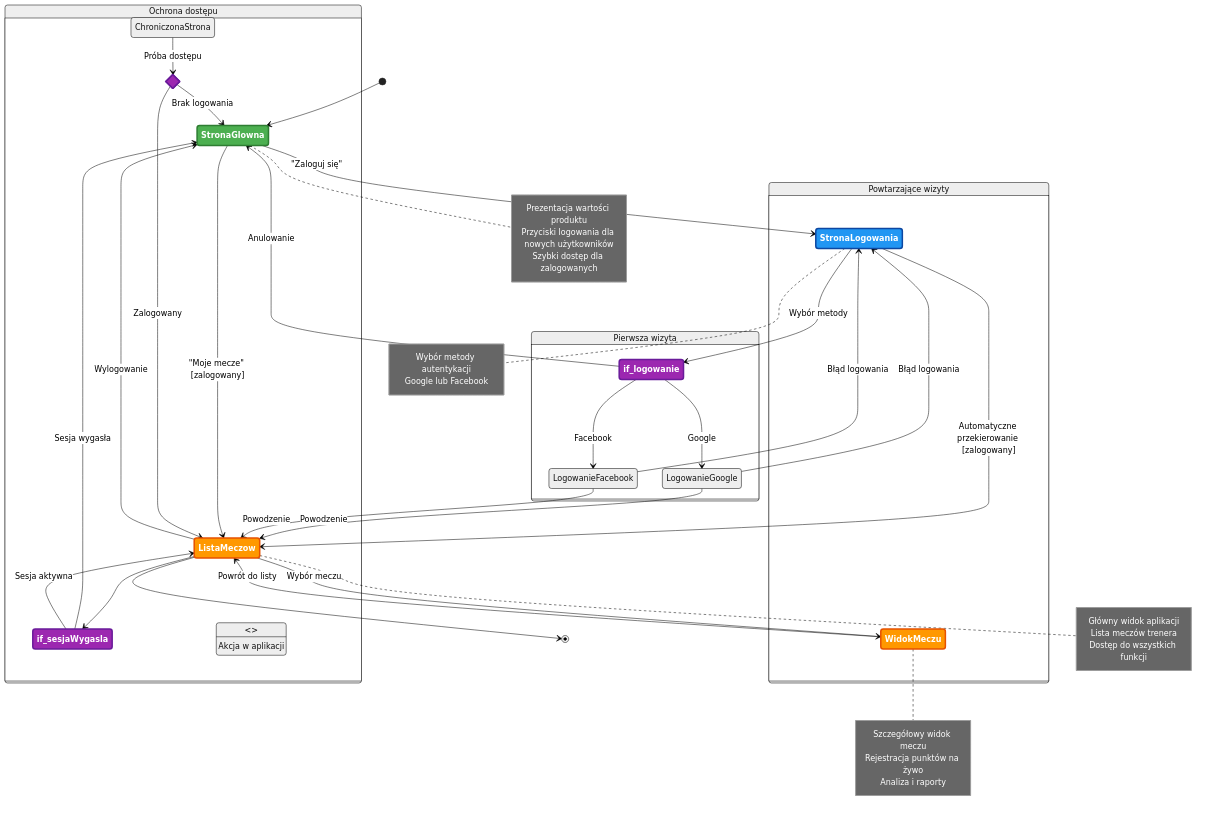
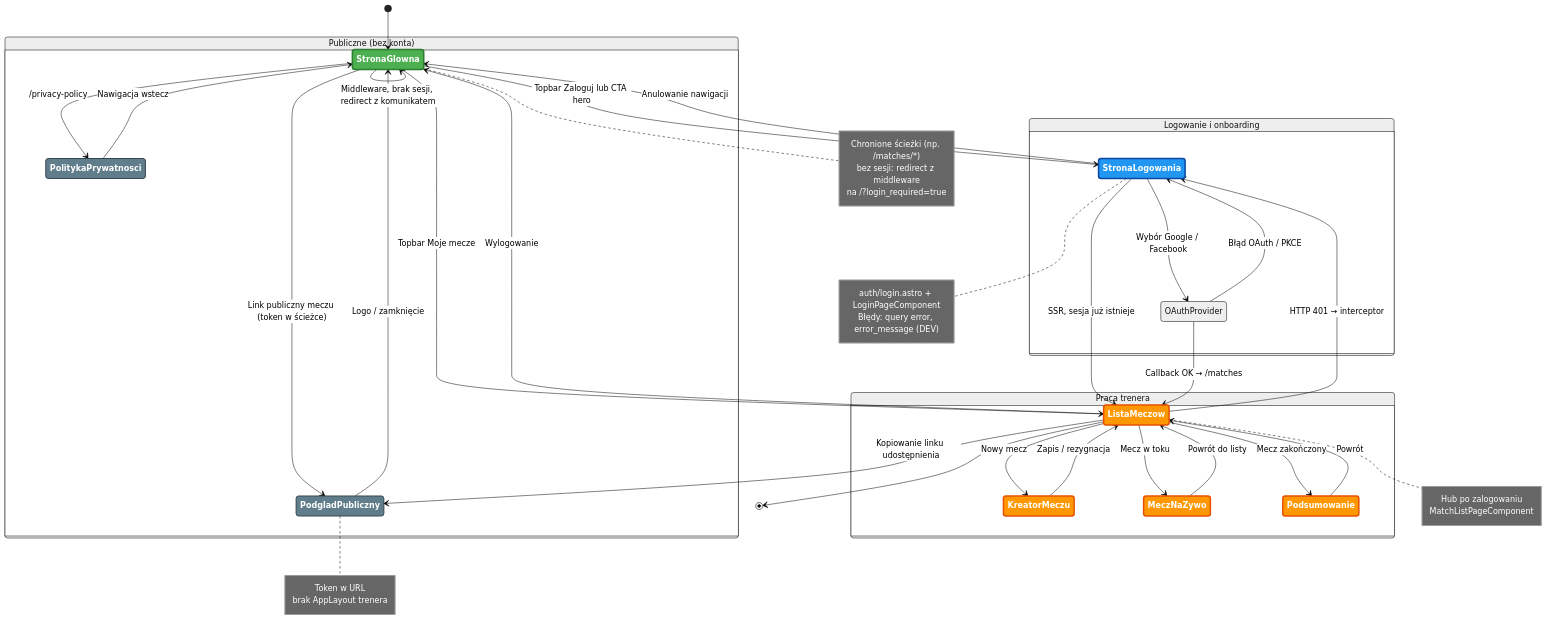
Before and after one commit to rafalolbracht/spin-flow: the diagram in .ai/diagrams/journey.md, drawn with Mermaid (neutral theme). The commit also changed other lines of this file and 17 other files, not shown here.

````diff
--- a/.ai/diagrams/journey.md
+++ b/.ai/diagrams/journey.md
@@ -89,81 +54,69 @@
 ```mermaid
 stateDiagram-v2
     [*] --> StronaGlowna
 
-    state "Pierwsza wizyta" as PierwszaWizyta {
-        StronaGlowna --> StronaLogowania: "Zaloguj się"
-        StronaLogowania --> if_logowanie: Wybór metody
-
-        if_logowanie --> LogowanieGoogle: Google
-        if_logowanie --> LogowanieFacebook: Facebook
-        if_logowanie --> StronaGlowna: Anulowanie
-
-        LogowanieGoogle --> ListaMeczow: Powodzenie
-        LogowanieFacebook --> ListaMeczow: Powodzenie
-
-        LogowanieGoogle --> StronaLogowania: Błąd logowania
-        LogowanieFacebook --> StronaLogowania: Błąd logowania
+    state "Logowanie i onboarding" as Logowanie {
+        StronaGlowna --> StronaLogowania: Topbar Zaloguj lub CTA hero
+        StronaLogowania --> ListaMeczow: SSR, sesja już istnieje
+        StronaLogowania --> OAuthProvider: Wybór Google / Facebook
+        OAuthProvider --> ListaMeczow: Callback OK → /matches
+        OAuthProvider --> StronaLogowania: Błąd OAuth / PKCE
+        StronaLogowania --> StronaGlowna: Anulowanie nawigacji
     }
 
-    state "Powtarzające wizyty" as PowtarzajaceWizyty {
-        StronaGlowna --> ListaMeczow: "Moje mecze" [zalogowany]
-
-        StronaLogowania --> ListaMeczow: Automatyczne przekierowanie [zalogowany]
-
-        ListaMeczow --> WidokMeczu: Wybór meczu
-        WidokMeczu --> ListaMeczow: Powrót do listy
-
+    state "Praca trenera" as Trener {
+        StronaGlowna --> ListaMeczow: Topbar Moje mecze
+        ListaMeczow --> KreatorMeczu: Nowy mecz
+        KreatorMeczu --> ListaMeczow: Zapis / rezygnacja
+        ListaMeczow --> MeczNaZywo: Mecz w toku
+        MeczNaZywo --> ListaMeczow: Powrót do listy
+        ListaMeczow --> Podsumowanie: Mecz zakończony
+        Podsumowanie --> ListaMeczow: Powrót
+        ListaMeczow --> PodgladPubliczny: Kopiowanie linku udostępnienia
         ListaMeczow --> StronaGlowna: Wylogowanie
     }
 
-    state "Ochrona dostępu" as OchronaDostepu {
-        state if_dostep <<choice>>
-
-        ChroniczonaStrona --> if_dostep: Próba dostępu
-        if_dostep --> StronaGlowna: Brak logowania
-        if_dostep --> ListaMeczow: Zalogowany
-
-        ListaMeczow --> if_sesjaWygasla <<choice>>: Akcja w aplikacji
-        if_sesjaWygasla --> StronaGlowna: Sesja wygasła
-        if_sesjaWygasla --> ListaMeczow: Sesja aktywna
+    state "Publiczne (bez konta)" as Publiczne {
+        StronaGlowna --> PolitykaPrywatnosci: /privacy-policy
+        PolitykaPrywatnosci --> StronaGlowna: Nawigacja wstecz
+        StronaGlowna --> PodgladPubliczny: Link publiczny meczu (token w ścieżce)
+        PodgladPubliczny --> StronaGlowna: Logo / zamknięcie
     }
 
+    StronaGlowna --> StronaGlowna: Middleware, brak sesji, redirect z komunikatem
+
+    ListaMeczow --> StronaLogowania: HTTP 401 → interceptor
+
     note right of StronaGlowna
-        Prezentacja wartości produktu
-        Przyciski logowania dla nowych użytkowników
-        Szybki dostęp dla zalogowanych
+        Chronione ścieżki (np. /matches/*)
+        bez sesji: redirect z middleware
+        na /?login_required=true
     end note
 
     note right of StronaLogowania
-        Wybór metody autentykacji
-        Google lub Facebook
+        auth/login.astro + LoginPageComponent
+        Błędy: query error, error_message (DEV)
     end note
 
     note right of ListaMeczow
-        Główny widok aplikacji
-        Lista meczów trenera
-        Dostęp do wszystkich funkcji
+        Hub po zalogowaniu
+        MatchListPageComponent
     end note
 
-    note right of WidokMeczu
-        Szczegółowy widok meczu
-        Rejestracja punktów na żywo
-        Analiza i raporty
+    note right of PodgladPubliczny
+        Token w URL
+        brak AppLayout trenera
     end note
 
     ListaMeczow --> [*]
 
     classDef stronaPoczatkowa fill:#4CAF50,stroke:#2E7D32,stroke-width:3px,color:#ffffff,font-weight:bold
     classDef stronaLogowania fill:#2196F3,stroke:#0D47A1,stroke-width:3px,color:#ffffff,font-weight:bold
     classDef stanAplikacji fill:#FF9800,stroke:#E65100,stroke-width:3px,color:#ffffff,font-weight:bold
-    classDef stanBledu fill:#F44336,stroke:#B71C1C,stroke-width:3px,color:#ffffff,font-weight:bold
-    classDef punktDecyzyjny fill:#9C27B0,stroke:#6A1B9A,stroke-width:3px,color:#ffffff,font-weight:bold
+    classDef publiczne fill:#607D8B,stroke:#37474F,stroke-width:2px,color:#ffffff,font-weight:bold
 
     class StronaGlowna stronaPoczatkowa
     class StronaLogowania stronaLogowania
-    class ListaMeczow stanAplikacji
-    class WidokMeczu stanAplikacji
-    class if_logowanie punktDecyzyjny
-    class if_dostep punktDecyzyjny
-    class if_sesjaWygasla punktDecyzyjny
+    class ListaMeczow,KreatorMeczu,MeczNaZywo,Podsumowanie stanAplikacji
+    class PolitykaPrywatnosci,PodgladPubliczny publiczne
 ```
````
